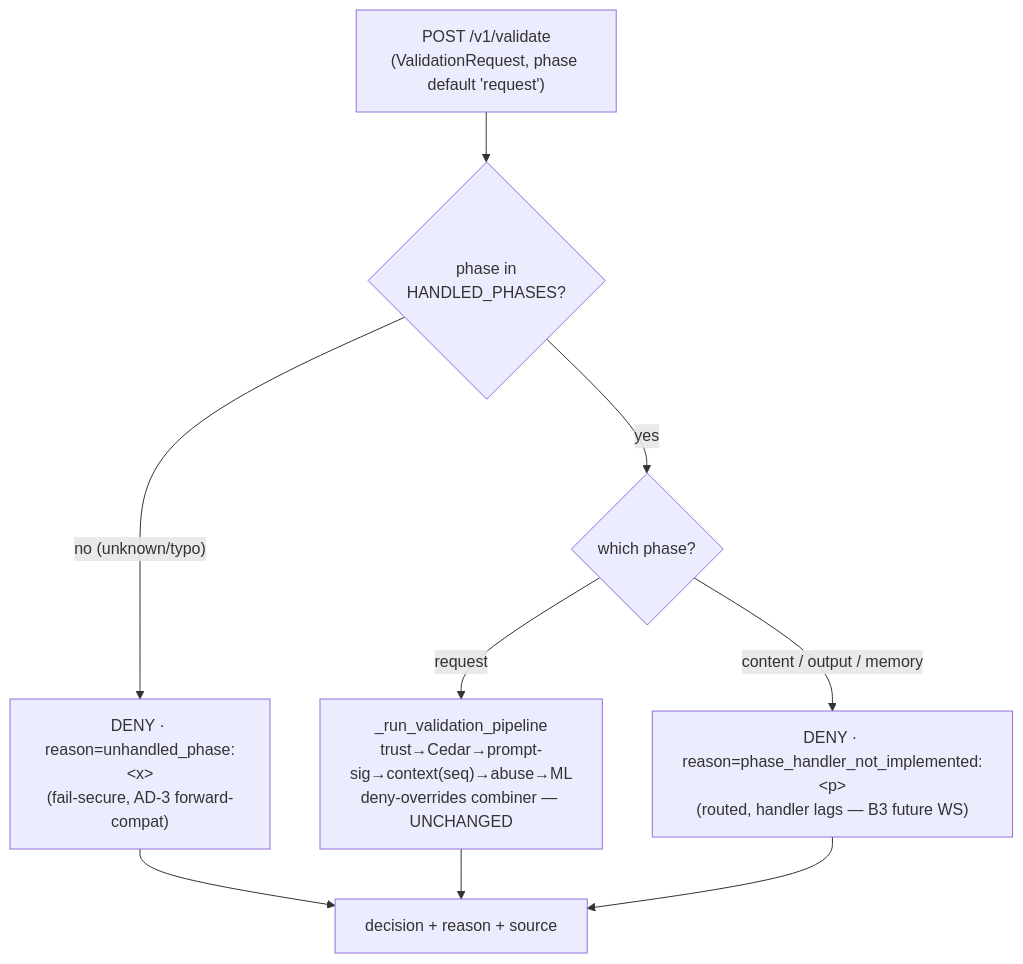
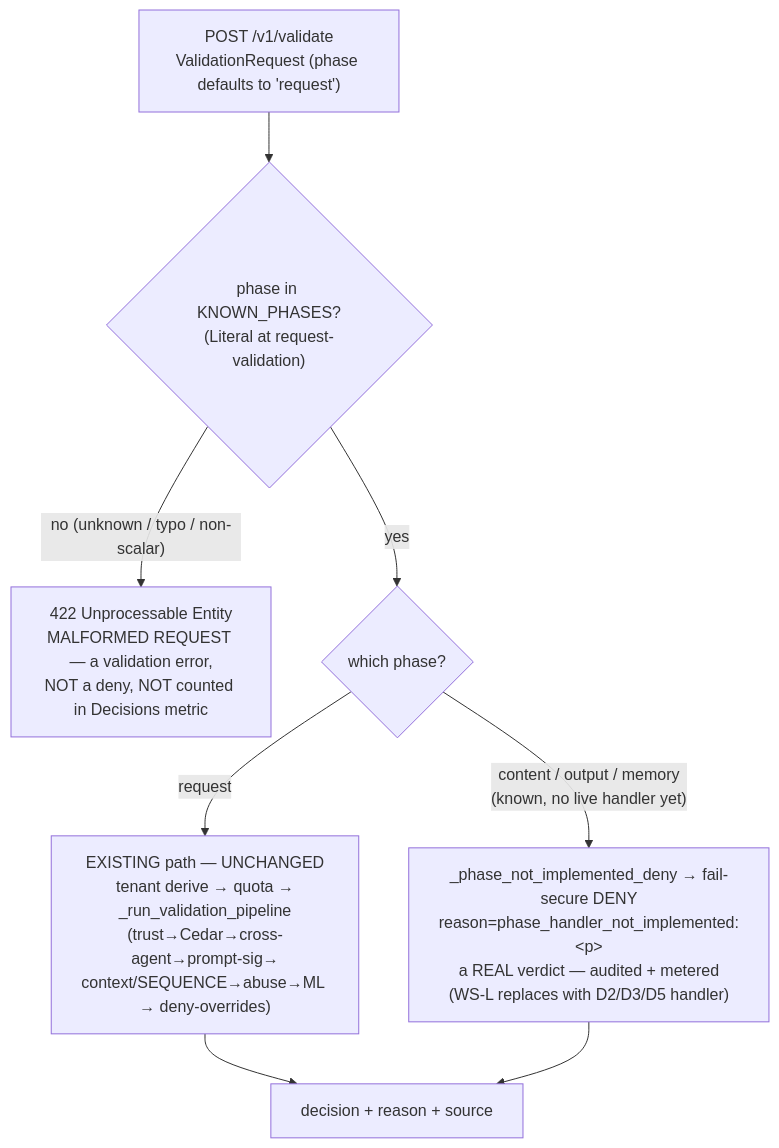
Before and after one commit to shashank31mar/Sentra: the diagram in tasks/serverless-edition/ws-b-multiphase-contract.md, drawn with Mermaid. The commit also changed other lines of this file and 16 other files, not shown here.

````diff
--- a/tasks/serverless-edition/ws-b-multiphase-contract.md
+++ b/tasks/serverless-edition/ws-b-multiphase-contract.md
@@ -121,11 +189,10 @@
 ```mermaid
 flowchart TD
-  REQ["POST /v1/validate<br/>(ValidationRequest, phase default 'request')"] --> P{"phase in<br/>HANDLED_PHASES?"}
-  P -- "no (unknown/typo)" --> D1["DENY · reason=unhandled_phase:&lt;x&gt;<br/>(fail-secure, AD-3 forward-compat)"]
-  P -- "yes" --> W{"which phase?"}
-  W -- "request" --> PIPE["_run_validation_pipeline<br/>trust→Cedar→prompt-sig→context(seq)→abuse→ML<br/>deny-overrides combiner — UNCHANGED"]
-  W -- "content / output / memory" --> STUB["DENY · reason=phase_handler_not_implemented:&lt;p&gt;<br/>(routed, handler lags — B3 future WS)"]
+  REQ["POST /v1/validate<br/>ValidationRequest (phase defaults to 'request')"] --> VAL{"phase in KNOWN_PHASES?<br/>(Literal at request-validation)"}
+  VAL -- "no (unknown / typo / non-scalar)" --> H422["422 Unprocessable Entity<br/>MALFORMED REQUEST — a validation error,<br/>NOT a deny, NOT counted in Decisions metric"]
+  VAL -- "yes" --> W{"which phase?"}
+  W -- "request" --> PIPE["EXISTING path — UNCHANGED<br/>tenant derive → quota →<br/>_run_validation_pipeline<br/>(trust→Cedar→cross-agent→prompt-sig→<br/>context/SEQUENCE→abuse→ML → deny-overrides)"]
+  W -- "content / output / memory<br/>(known, no live handler yet)" --> STUB["_phase_not_implemented_deny → fail-secure DENY<br/>reason=phase_handler_not_implemented:&lt;p&gt;<br/>a REAL verdict — audited + metered<br/>(WS-L replaces with D2/D3/D5 handler)"]
   PIPE --> RESP["decision + reason + source"]
-  D1 --> RESP
   STUB --> RESP
 ```
````
